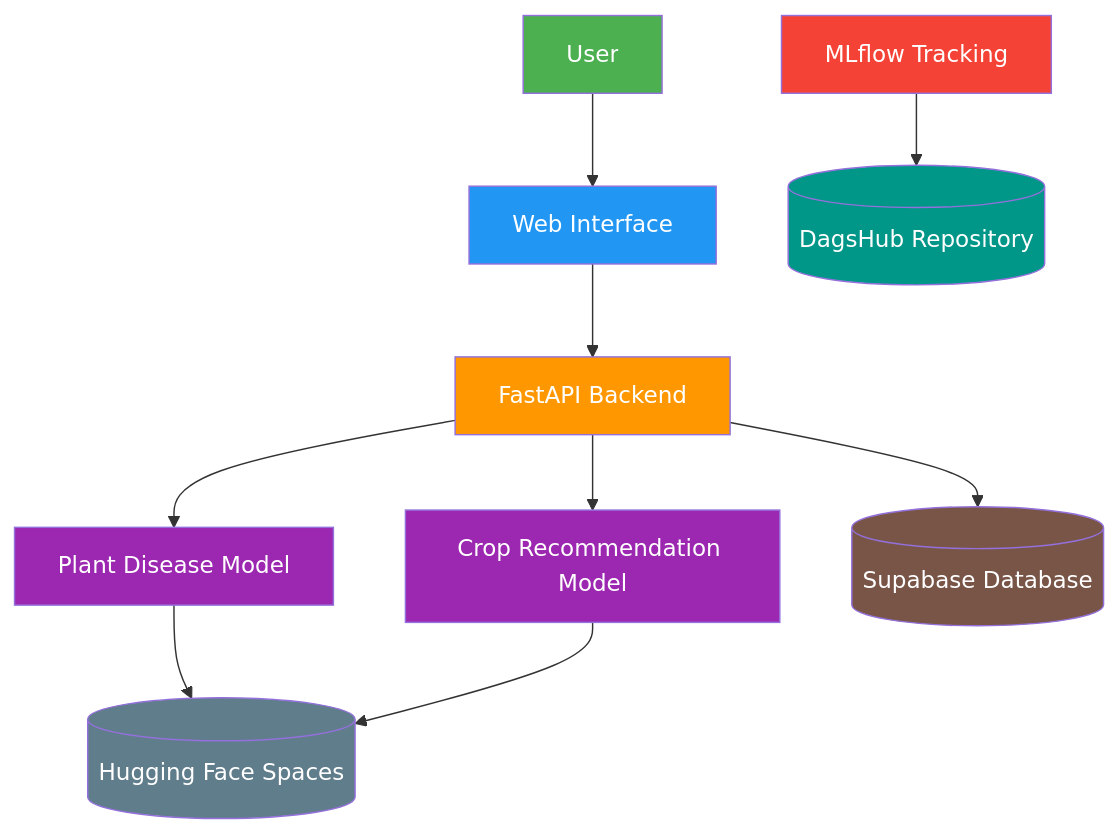
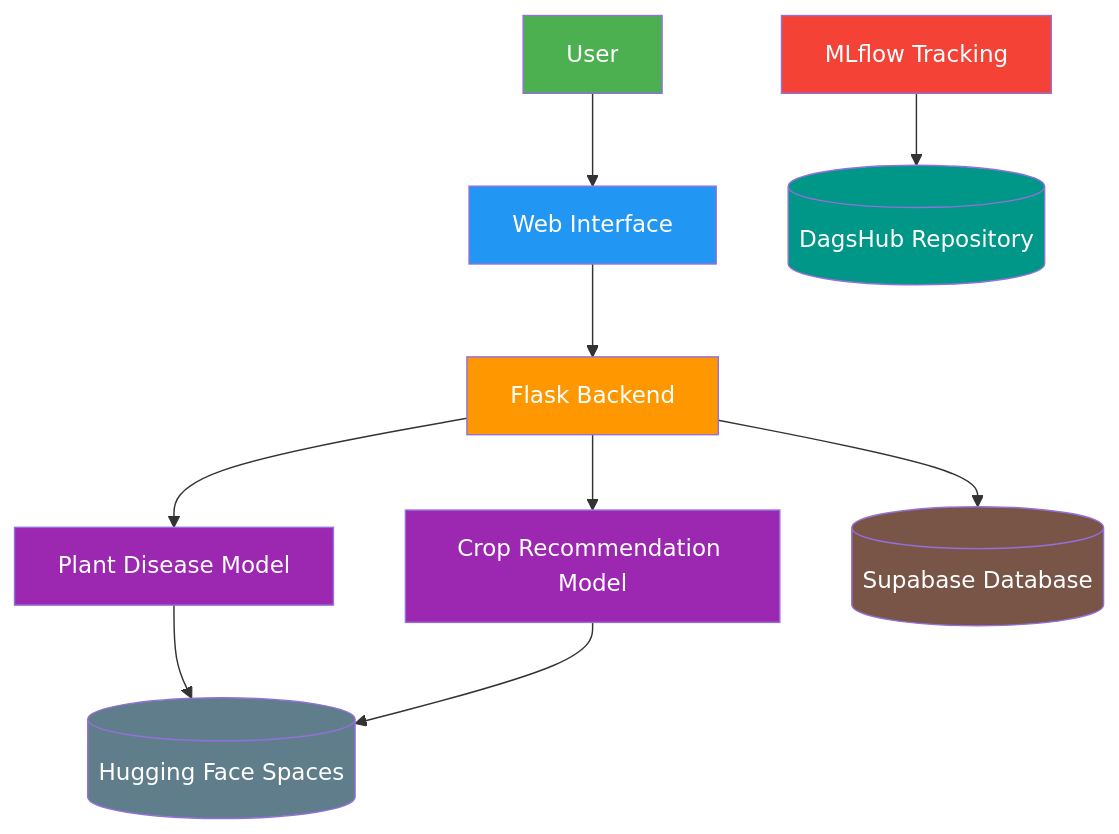
One commit to nhahub/NHA-046 changed the diagram in README.md. Above: the diagram before and after it, drawn with Mermaid.

Commit message:
Change backend from FastAPI to Flask in README

````diff
--- a/README.md
+++ b/README.md
@@ -100,21 +100,21 @@
 ```mermaid
 graph TB
     A[User] --> B[Web Interface]
-    B --> C[FastAPI Backend]
+    B --> C[Flask Backend]
     C --> D[Plant Disease Model]
     C --> E[Crop Recommendation Model]
     D --> F[(Hugging Face Spaces)]
     E --> F
     C --> G[(Supabase Database)]
     H[MLflow Tracking] --> I[(DagsHub Repository)]
     
     style A fill:#4CAF50,color:white
     style B fill:#2196F3,color:white
     style C fill:#FF9800,color:white
     style D fill:#9C27B0,color:white
     style E fill:#9C27B0,color:white
     style F fill:#607D8B,color:white
     style G fill:#795548,color:white
     style H fill:#F44336,color:white
     style I fill:#009688,color:white
 ```
````
